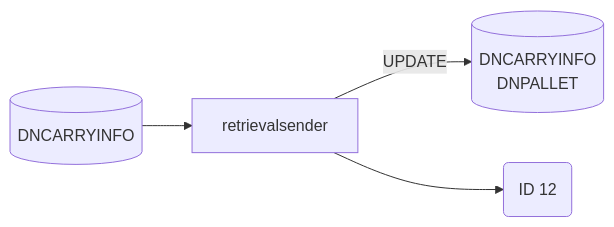
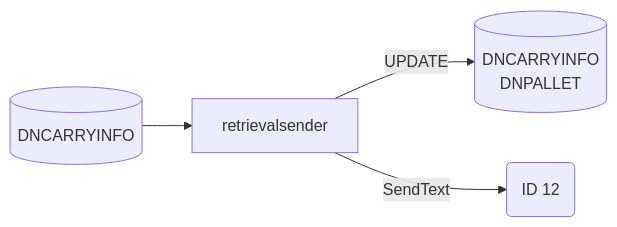
One commit to luthfiadityaa/SimeDarby-Wiki changed the sixth of 11 diagrams in Basic-Design/DFD-WMS/Retrieval/Unplanned-Retrieval-to-HP-Area.md. Above: the diagram before and after it, drawn with Mermaid.

Commit message:
Updated Unplanned Retrieval to HP Area

```diff
--- a/Basic-Design/DFD-WMS/Retrieval/Unplanned-Retrieval-to-HP-Area.md
+++ b/Basic-Design/DFD-WMS/Retrieval/Unplanned-Retrieval-to-HP-Area.md
@@ -272,19 +272,19 @@
 ::: mermaid
 flowchart LR
 
 retrievalsender-input[("
 DNCARRYINFO
 ")]
 
 retrievalsender-update[("
 DNCARRYINFO
 DNPALLET
 ")]
 
 id12msg("
 ID 12
 ")
 
 retrievalsender-input-->retrievalsender--> |UPDATE| retrievalsender-update
-retrievalsender-->id12msg
+retrievalsender--> |SendText| id12msg
 :::
```
